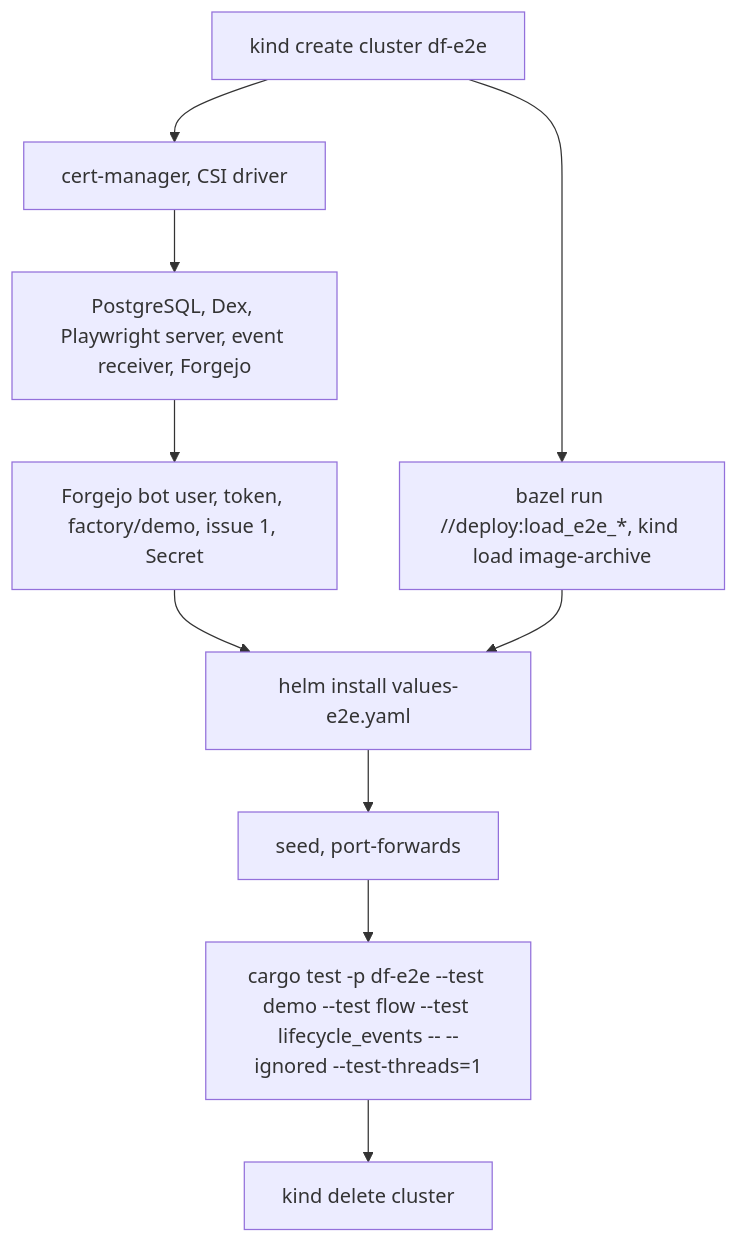
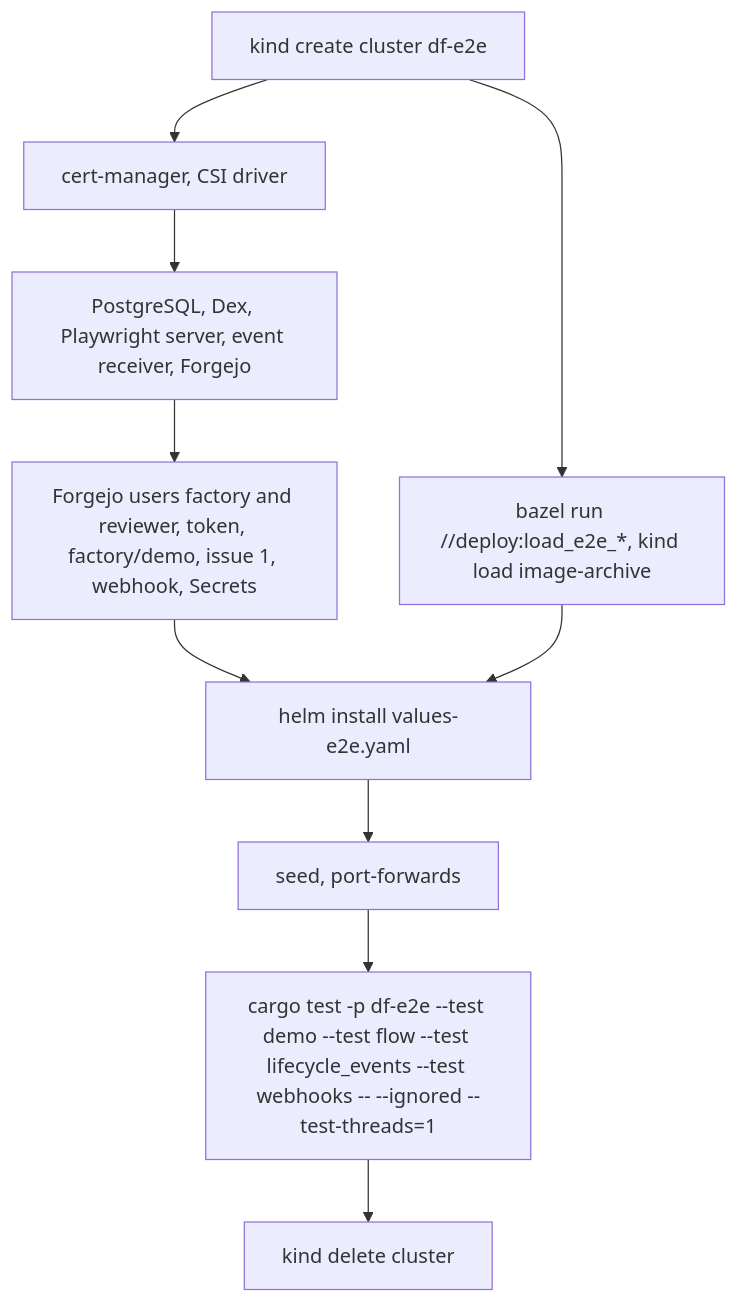
The diagram in docs/demo.md (prskr/dark-factory), drawn with Mermaid before and after one commit. The commit also changed other lines of this file and 160 other files, not shown here.

````diff
--- a/docs/demo.md
+++ b/docs/demo.md
@@ -27,12 +27,12 @@
 ```mermaid
 flowchart TD
     A[kind create cluster df-e2e] --> B[cert-manager, CSI driver]
     A --> I[bazel run //deploy:load_e2e_*, kind load image-archive]
     B --> C[PostgreSQL, Dex, Playwright server, event receiver, Forgejo]
-    C --> D[Forgejo bot user, token, factory/demo, issue 1, Secret]
+    C --> D[Forgejo users factory and reviewer, token, factory/demo, issue 1, webhook, Secrets]
     D --> E[helm install values-e2e.yaml]
     I --> E
     E --> F[seed, port-forwards]
-    F --> G["cargo test -p df-e2e --test demo --test flow --test lifecycle_events -- --ignored --test-threads=1"]
+    F --> G["cargo test -p df-e2e --test demo --test flow --test lifecycle_events --test webhooks -- --ignored --test-threads=1"]
     G --> H[kind delete cluster]
 ```
````
